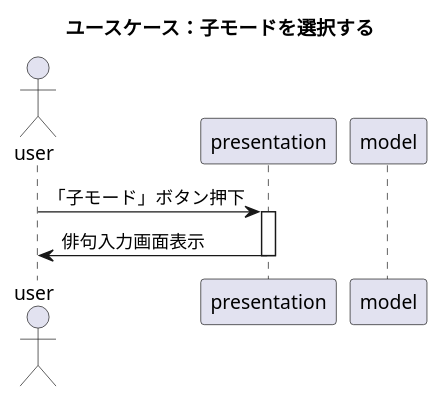
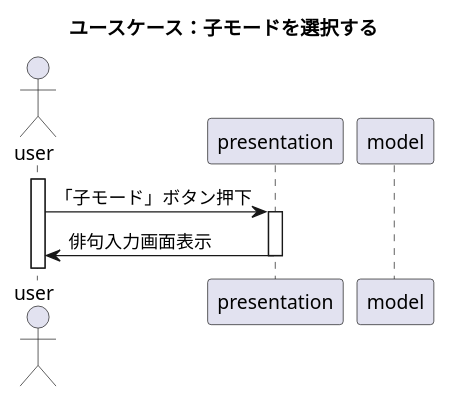
Before and after one commit to AsazuTaiga/Kuawase: the second of 11 diagrams in docs/module_sequence.pu, drawn with PlantUML. The commit also changed other lines of this file, not shown here.

```diff
--- a/docs/module_sequence.pu
+++ b/docs/module_sequence.pu
@@ -17,11 +18,12 @@
 @startuml
 title ユースケース：子モードを選択する
 actor user
 participant presentation
 participant model
 
+activate user
 user -> presentation : 「子モード」ボタン押下
 activate presentation
 presentation -> user : 俳句入力画面表示
 deactivate presentation
 @enduml
```
